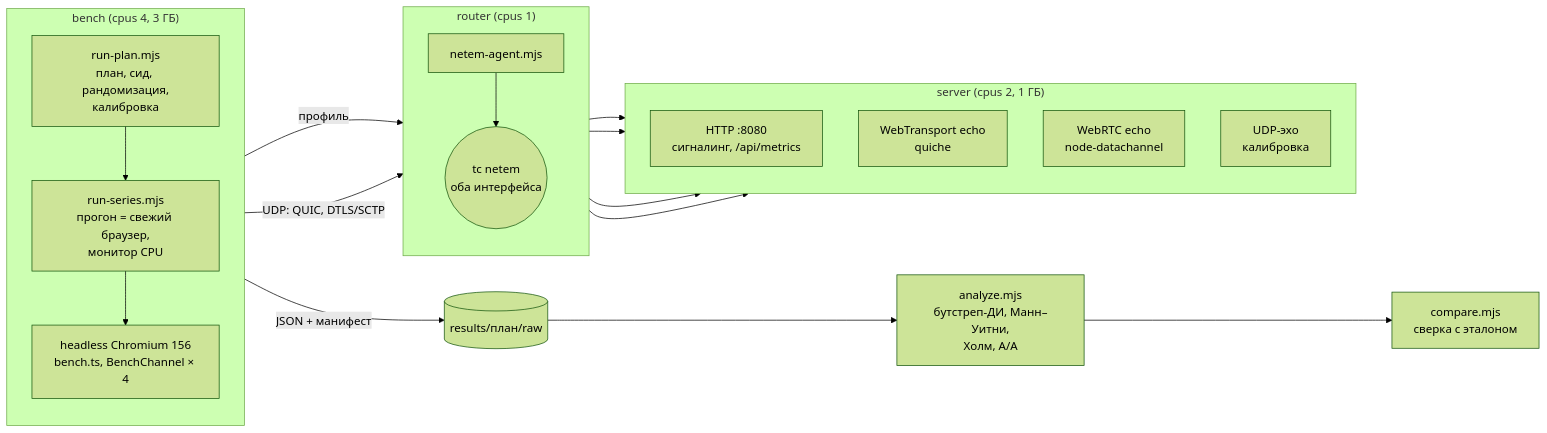
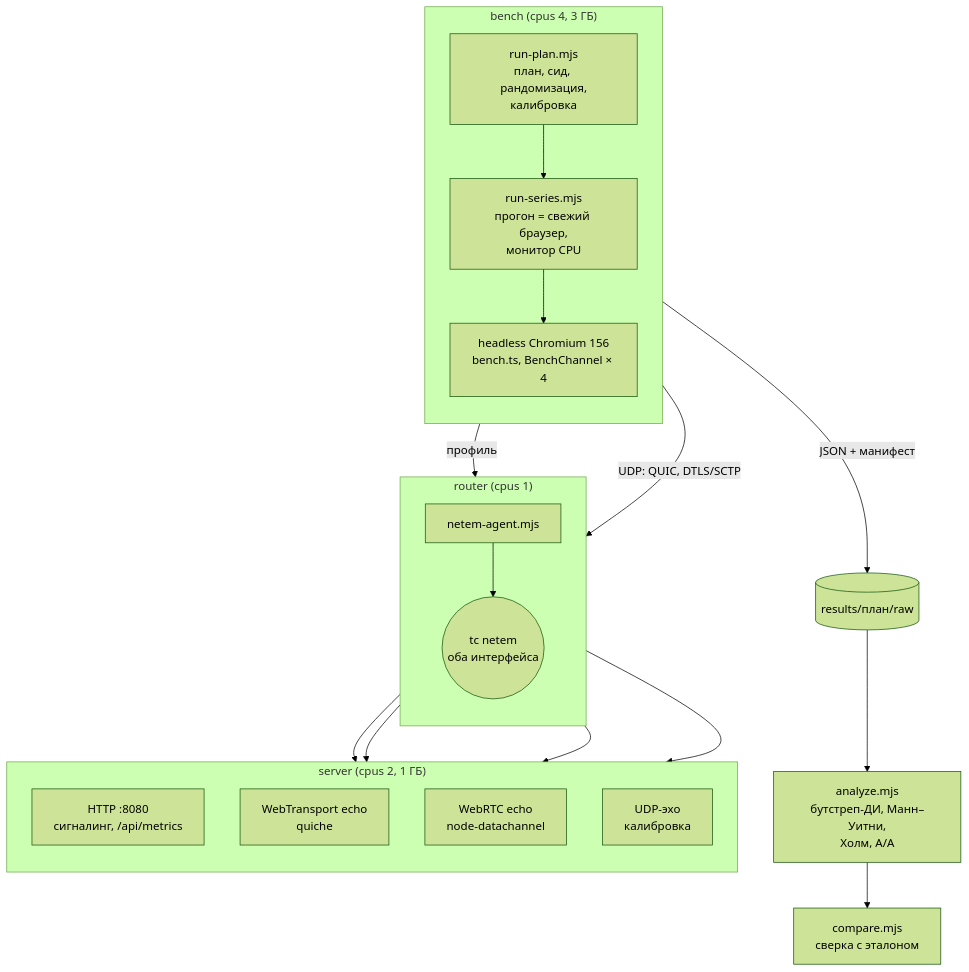
Before and after one commit to HeavenlyGandalf/rtc-benchmark: the diagram in reports/pr3-experiment-design.md, drawn with Mermaid (forest theme). The commit also changed other lines of this file and 1 other file, not shown here.

Commit message:
Add a title page and contents to the PR-3 report

````diff
--- a/reports/pr3-experiment-design.md
+++ b/reports/pr3-experiment-design.md
@@ -339,33 +339,33 @@
 ```mermaid
-flowchart LR
+flowchart TB
   subgraph Bench["bench (cpus 4, 3 ГБ)"]
     direction TB
     ORCH["run-plan.mjs<br/>план, сид, рандомизация,<br/>калибровка"]
     SERIES["run-series.mjs<br/>прогон = свежий браузер,<br/>монитор CPU"]
     CHR["headless Chromium 156<br/>bench.ts, BenchChannel × 4"]
     ORCH --> SERIES --> CHR
   end
   subgraph Router["router (cpus 1)"]
     direction TB
     AGENT["netem-agent.mjs"]
     NETEM(("tc netem<br/>оба интерфейса"))
     AGENT --> NETEM
   end
   subgraph Server["server (cpus 2, 1 ГБ)"]
     direction TB
     SIG["HTTP :8080<br/>сигналинг, /api/metrics"]
     WT["WebTransport echo<br/>quiche"]
     RTC["WebRTC echo<br/>node-datachannel"]
     UDP["UDP-эхо<br/>калибровка"]
   end
   ORCH -->|"профиль"| AGENT
   CHR -->|"UDP: QUIC, DTLS/SCTP"| NETEM
   NETEM --> SIG
   NETEM --> WT
   NETEM --> RTC
   NETEM --> UDP
 
   SERIES -->|"JSON + манифест"| RAW[("results/план/raw")]
   RAW --> AN["analyze.mjs<br/>бутстреп-ДИ, Манн–Уитни,<br/>Холм, A/A"]
   AN --> CMP["compare.mjs<br/>сверка с эталоном"]
 ```
````
